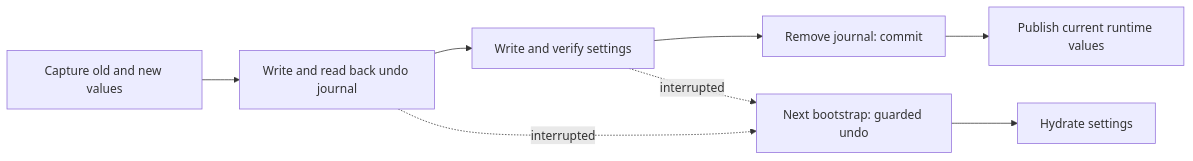
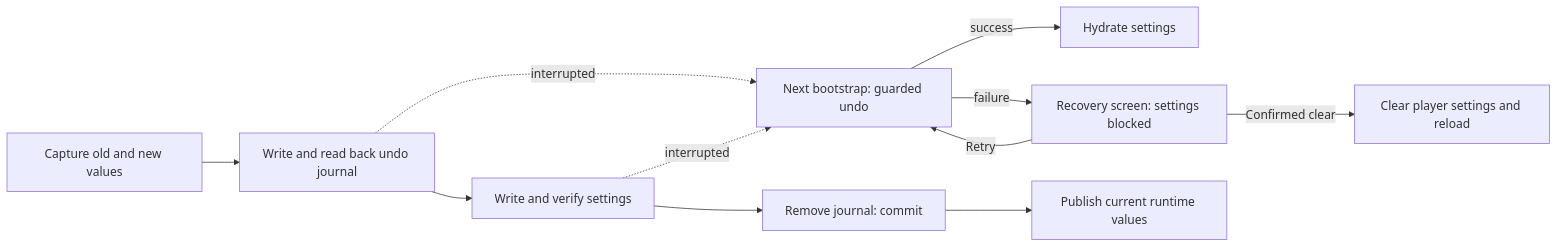
The diagram in docs/settings-recovery.md (mitta1967/ottplay-foss), drawn with Mermaid before and after one commit. The commit also changed other lines of this file and 20 other files, not shown here.

````diff
--- a/docs/settings-recovery.md
+++ b/docs/settings-recovery.md
@@ -12,10 +12,13 @@
 ```mermaid
 flowchart LR
   A[Capture old and new values] --> B[Write and read back undo journal]
   B --> C[Write and verify settings]
   C --> D[Remove journal: commit]
   B -. interrupted .-> R[Next bootstrap: guarded undo]
   C -. interrupted .-> R
-  R --> H[Hydrate settings]
+  R -->|success| H[Hydrate settings]
+  R -->|failure| Q[Recovery screen: settings blocked]
+  Q -->|Retry| R
+  Q -->|Confirmed clear| X[Clear player settings and reload]
   D --> P[Publish current runtime values]
 ```
````
